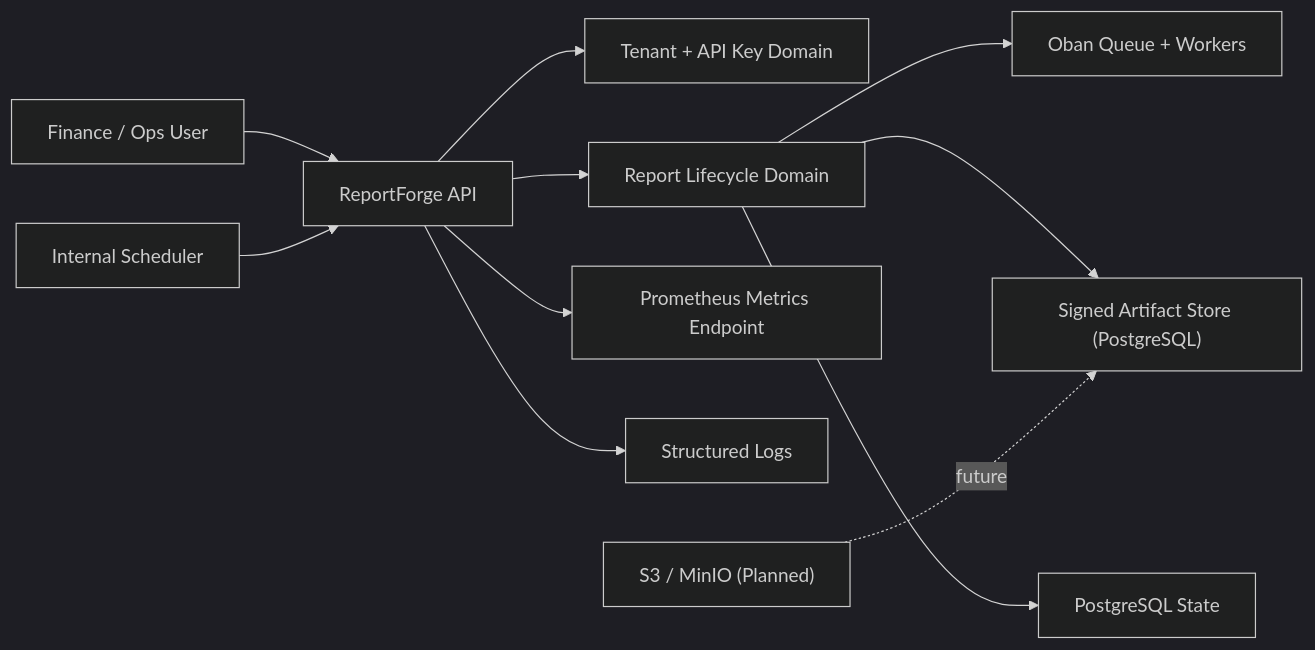
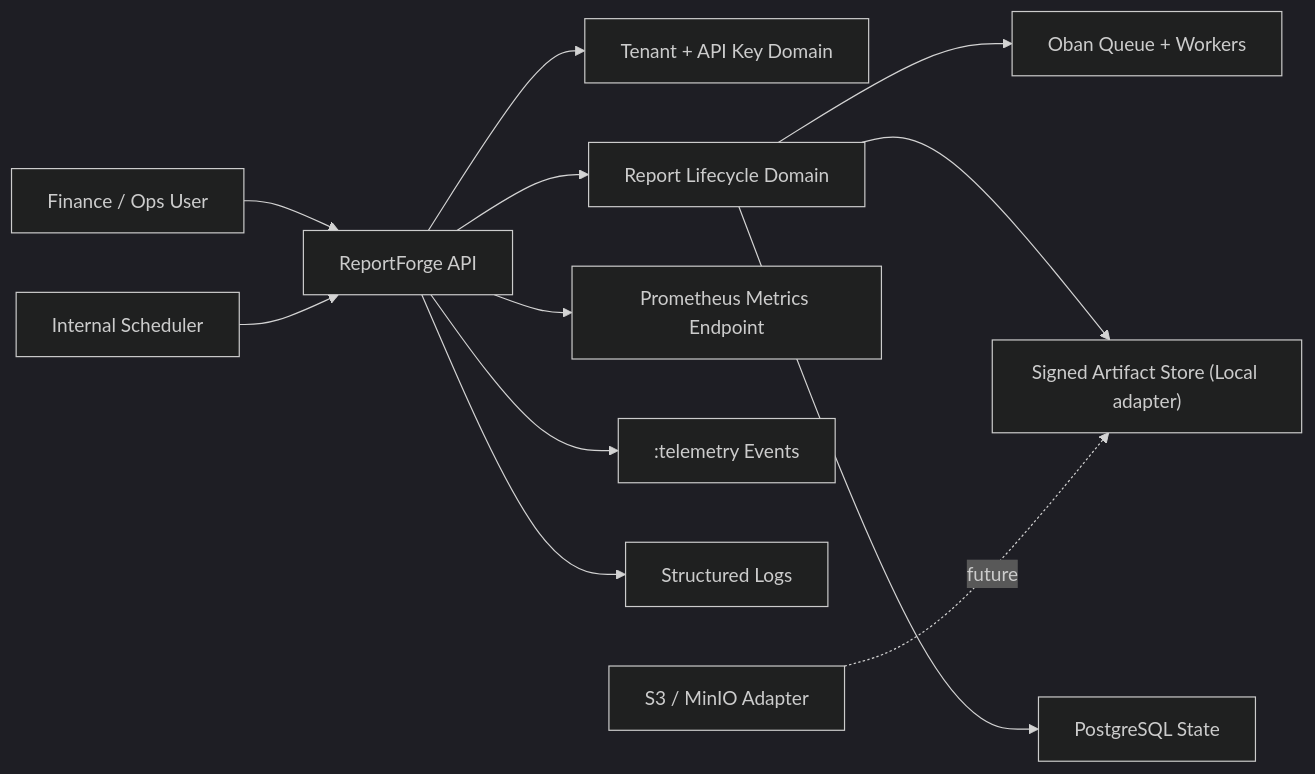
Before and after one commit to Defyland/reportforge-elixir-report-platform: the diagram in docs/diagrams/system-context.md, drawn with Mermaid (dark theme). The commit also changed 10 other files, not shown here.

````diff
--- a/docs/diagrams/system-context.md
+++ b/docs/diagrams/system-context.md
@@ -3,13 +3,14 @@
 ```mermaid
 flowchart LR
   Ops["Finance / Ops User"] --> API["ReportForge API"]
   Scheduler["Internal Scheduler"] --> API
   API --> Identity["Tenant + API Key Domain"]
   API --> Reports["Report Lifecycle Domain"]
   Reports --> Jobs["Oban Queue + Workers"]
-  Reports --> Artifacts["Signed Artifact Store (PostgreSQL)"]
+  Reports --> Artifacts["Signed Artifact Store (Local adapter)"]
   Reports --> DB["PostgreSQL State"]
   API --> Metrics["Prometheus Metrics Endpoint"]
+  API --> Telemetry[":telemetry Events"]
   API --> Logs["Structured Logs"]
-  FutureStorage["S3 / MinIO (Planned)"] -. future .-> Artifacts
+  FutureStorage["S3 / MinIO Adapter"] -. future .-> Artifacts
 ```
````
